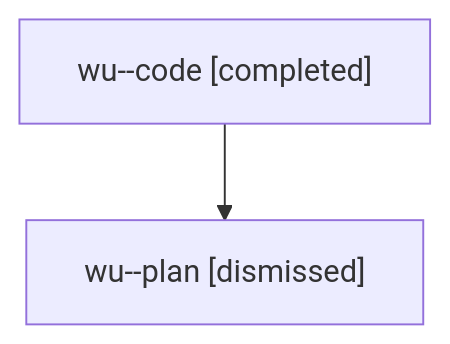
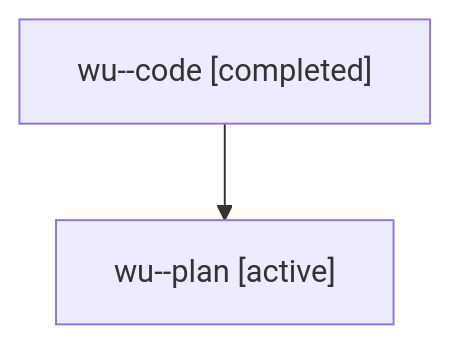
One commit to sase-org/sase--agents changed the diagram in families/bbugyi200.athena.wu.md. Above: the diagram before and after it, drawn with Mermaid. The commit also changed other lines of this file and 35830 other files, not shown here.

````diff
--- a/families/bbugyi200.athena.wu.md
+++ b/families/bbugyi200.athena.wu.md
@@ -9,6 +9,6 @@
 ```mermaid
 flowchart TD
   n0["wu--code [completed]"]
-  n1["wu--plan [dismissed]"]
+  n1["wu--plan [active]"]
   n0 --> n1
 ```
````
